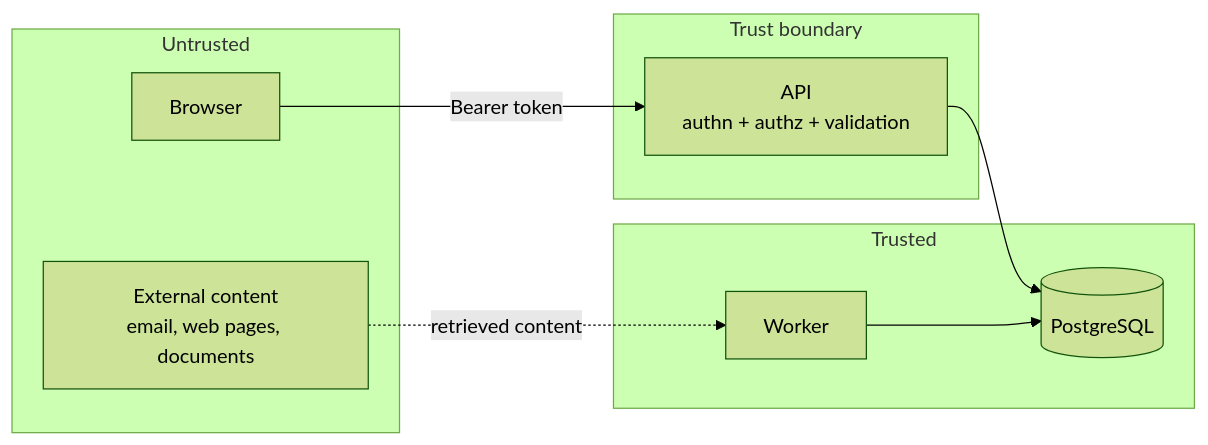
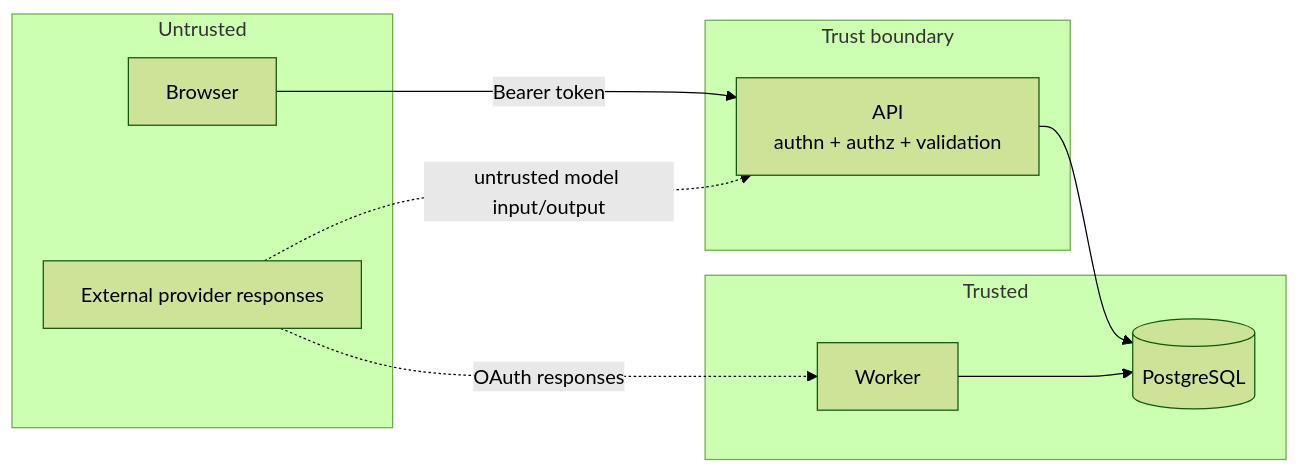
Before and after one commit to Abhishekpan731/Jarvis: the diagram in docs/security/SECURITY.md, drawn with Mermaid (forest theme). The commit also changed other lines of this file and 20 other files, not shown here.

````diff
--- a/docs/security/SECURITY.md
+++ b/docs/security/SECURITY.md
@@ -11,19 +11,20 @@
 ```mermaid
 flowchart LR
     subgraph untrusted ["Untrusted"]
         browser["Browser"]
-        ext["External content<br/>email, web pages, documents"]
+        ext["External provider responses"]
     end
     subgraph boundary ["Trust boundary"]
         api["API<br/>authn + authz + validation"]
     end
     subgraph trusted ["Trusted"]
         db[("PostgreSQL")]
         worker["Worker"]
     end
 
     browser -->|Bearer token| api
-    ext -.->|retrieved content| worker
+    ext -.->|untrusted model input/output| api
+    ext -.->|OAuth responses| worker
     api --> db
     worker --> db
 ```
````
